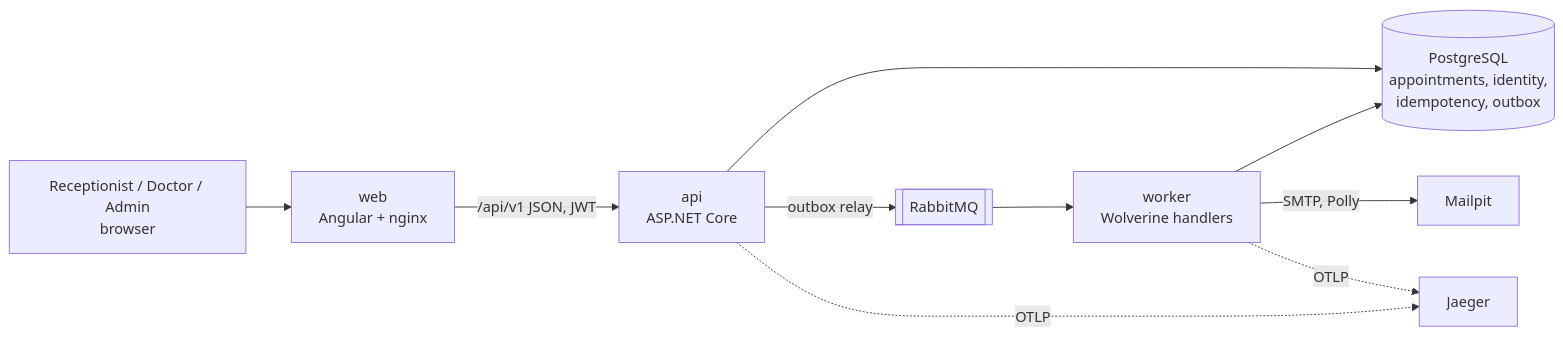
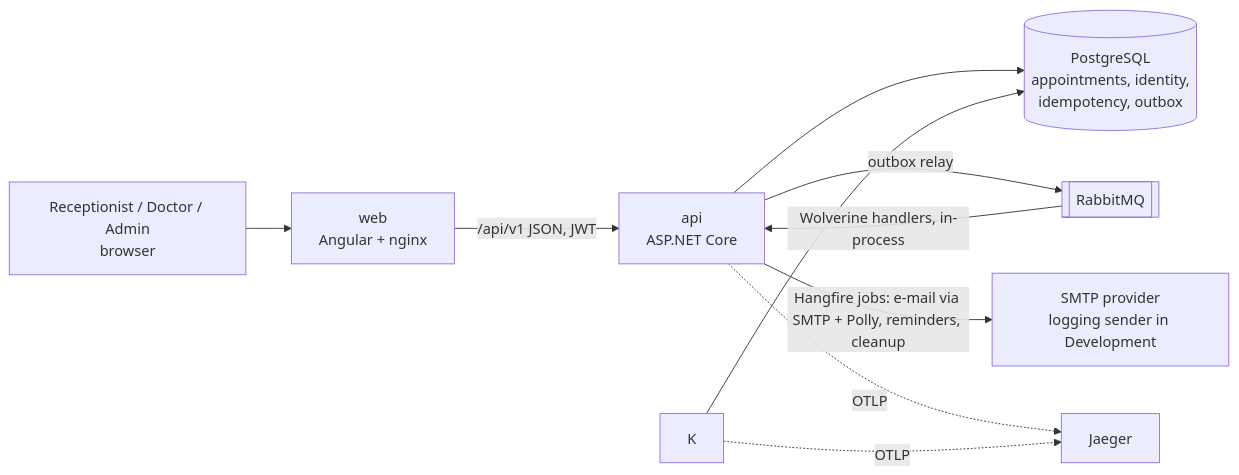
One commit to Mostafaa021/AppointmentScheduler changed the first of 6 diagrams in docs/architecture.md. Above: the diagram before and after it, drawn with Mermaid. The commit also changed other lines of this file and 22 other files, not shown here.

First line of the commit message:
refactor: remove Worker project and Mailpit; Api is the single host

````diff
--- a/docs/architecture.md
+++ b/docs/architecture.md
@@ -4,12 +4,12 @@
 ```mermaid
 flowchart LR
   U[Receptionist / Doctor / Admin<br/>browser] --> W[web<br/>Angular + nginx]
   W -->|/api/v1 JSON, JWT| A[api<br/>ASP.NET Core]
   A --> P[(PostgreSQL<br/>appointments, identity,<br/>idempotency, outbox)]
   A -->|outbox relay| R[[RabbitMQ]]
-  R --> K[worker<br/>Wolverine handlers]
+  R -->|Wolverine handlers, in-process| A
   K --> P
-  K -->|SMTP, Polly| M[Mailpit]
+  A -->|Hangfire jobs: e-mail via SMTP + Polly, reminders, cleanup| M[SMTP provider<br/>logging sender in Development]
   A -. OTLP .-> J[Jaeger]
   K -. OTLP .-> J
 ```
````
